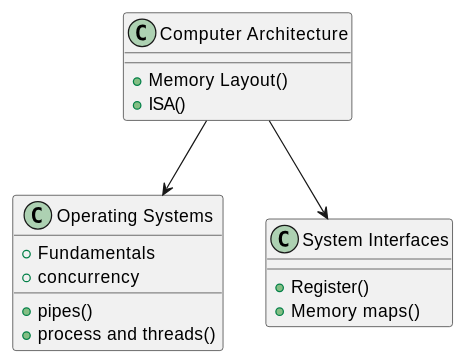
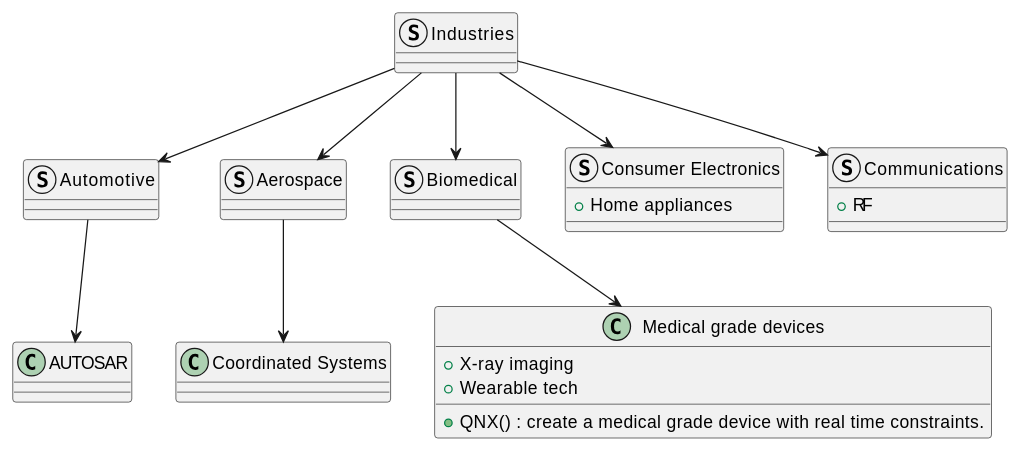
One commit to Killerpug/Embedded-Developer-Roadmap changed the second of 2 diagrams in src/roadmap_overview.md. Above: the diagram before and after it, drawn with PlantUML. The commit also changed other lines of this file and 13 other files, not shown here.

````diff
--- a/src/roadmap_overview.md
+++ b/src/roadmap_overview.md
@@ -3,26 +101,63 @@
 ```plantuml,format=svg
 @startuml
 
+struct Industries {
+
+}
 
 
-class "Operating Systems" as os {
-  + Fundamentals
-  + pipes()
-  + process and threads()
-  + concurrency
+
+struct Automotive {
+
 }
 
-class "Computer Architecture" as comp_arch {
-   + Memory Layout()
-   + ISA()
+
+
+class "AUTOSAR" as autosar{
+
 }
 
-class "System Interfaces" as sys_int{
-   + Register()
-   + Memory maps()
+struct Aerospace {
+   
 }
 
-comp_arch --> os
-comp_arch --> sys_int
+
+
+class "Coordinated Systems" as coordinated_systems{
+
+}
+
+struct Biomedical {
+   
+}
+
+
+
+class "Medical grade devices" as medical_devices {
+   + X-ray imaging
+   + Wearable tech
+   + QNX() : create a medical grade device with real time constraints.
+}
+
+
+
+struct "Consumer Electronics" as Consumer_Electronics {
+   + Home appliances
+}
+
+struct Communications {
+   + RF
+}
+
+
+Industries --> Automotive
+Industries --> Aerospace
+Industries --> Biomedical
+Industries --> Consumer_Electronics
+Industries --> Communications
+Aerospace --> coordinated_systems
+Automotive --> autosar
+Biomedical --> medical_devices
+
 @enduml
 ```
````
